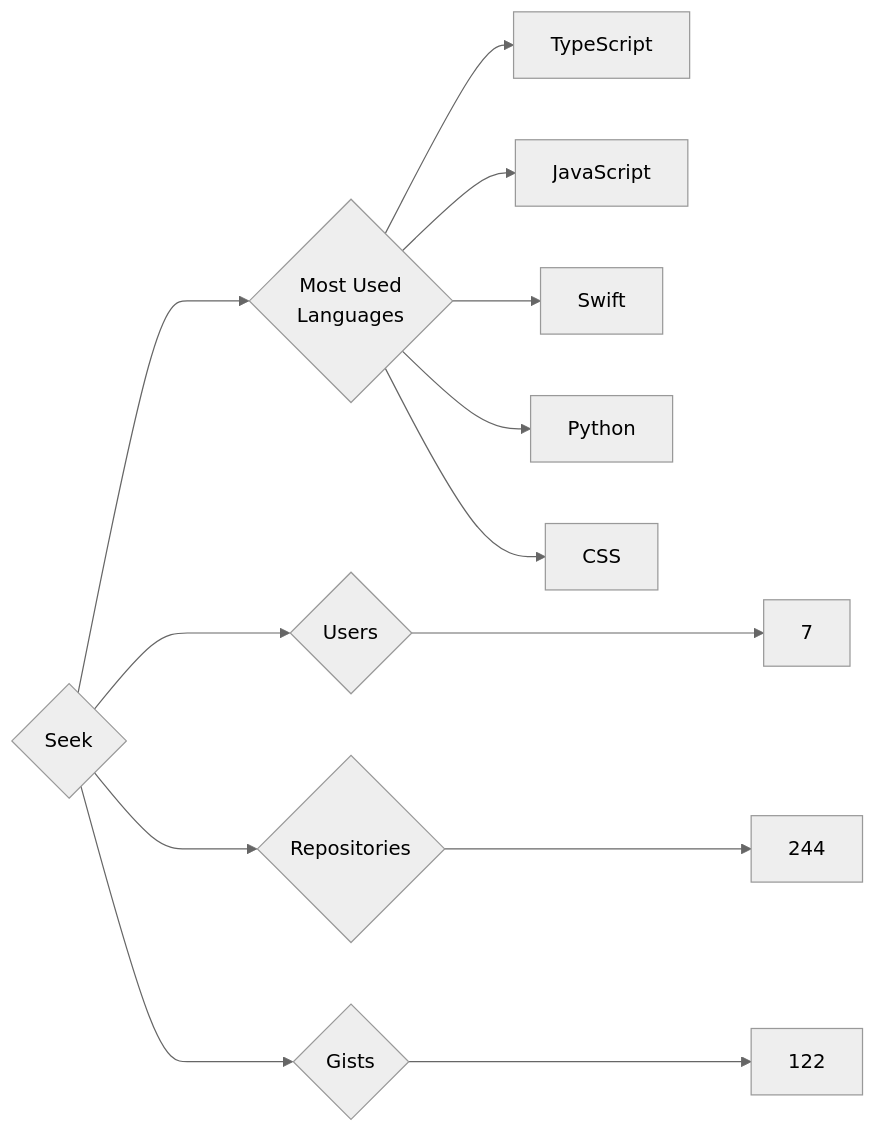
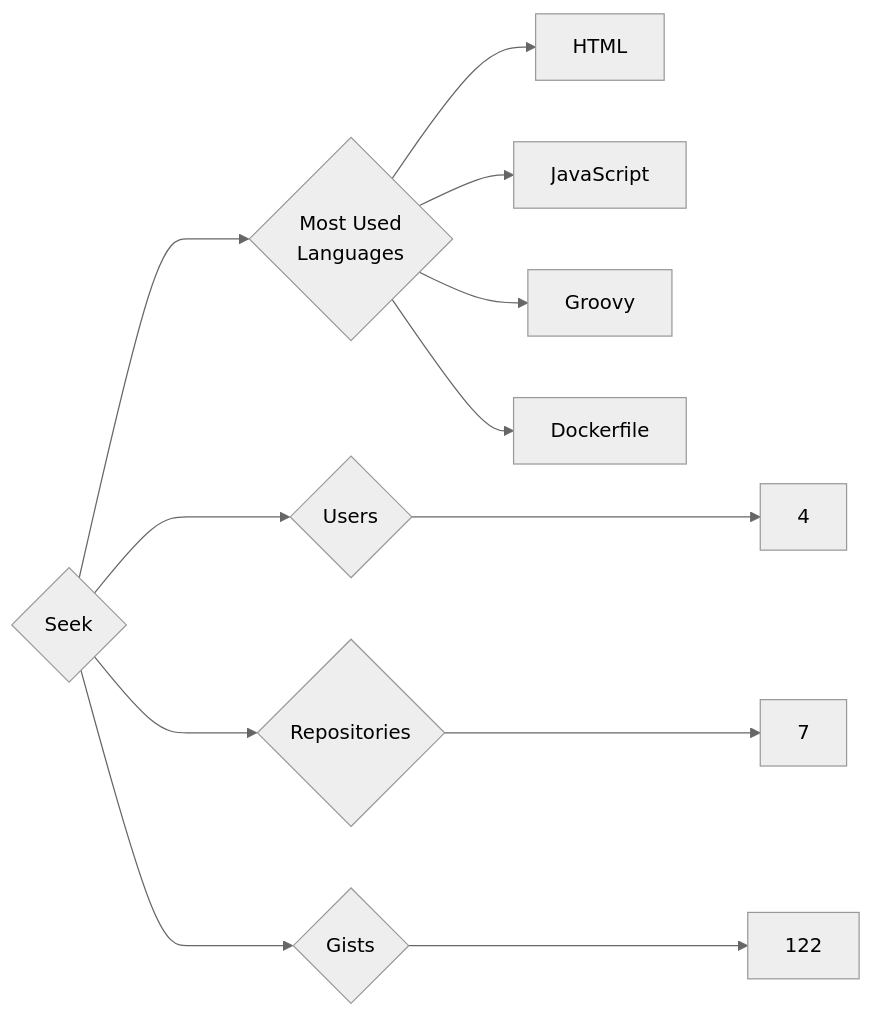
Before and after one commit to trickest/insiders: the diagram in targets/Seek/README.md, drawn with Mermaid (neutral theme). The commit also changed 870 other files, not shown here.

````diff
--- a/targets/Seek/README.md
+++ b/targets/Seek/README.md
@@ -3,13 +3,12 @@
 ```mermaid
 graph LR
 COMPANY_NAME{Seek}
-COMPANY_NAME ---> U{Users} ---> UN[7]
-COMPANY_NAME ---> R{Repositories} ---> RN[244]
+COMPANY_NAME ---> U{Users} ---> UN[4]
+COMPANY_NAME ---> R{Repositories} ---> RN[7]
 COMPANY_NAME ---> G{Gists} ---> GN[122]
 COMPANY_NAME ---> ML{Most Used<br>Languages}
-ML --> TypeScript[TypeScript]
+ML --> HTML[HTML]
 ML --> JavaScript[JavaScript]
-ML --> Swift[Swift]
-ML --> Python[Python]
-ML --> CSS[CSS]
+ML --> Groovy[Groovy]
+ML --> Dockerfile[Dockerfile]
 ```
````
